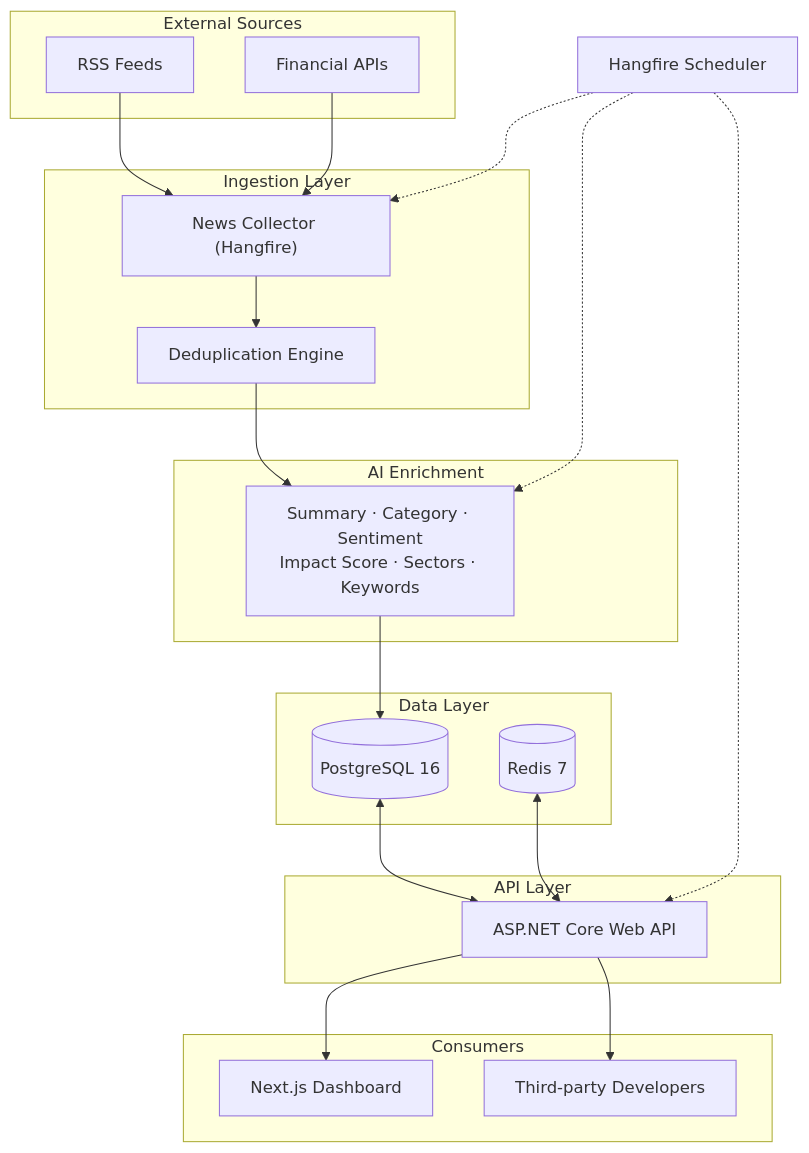
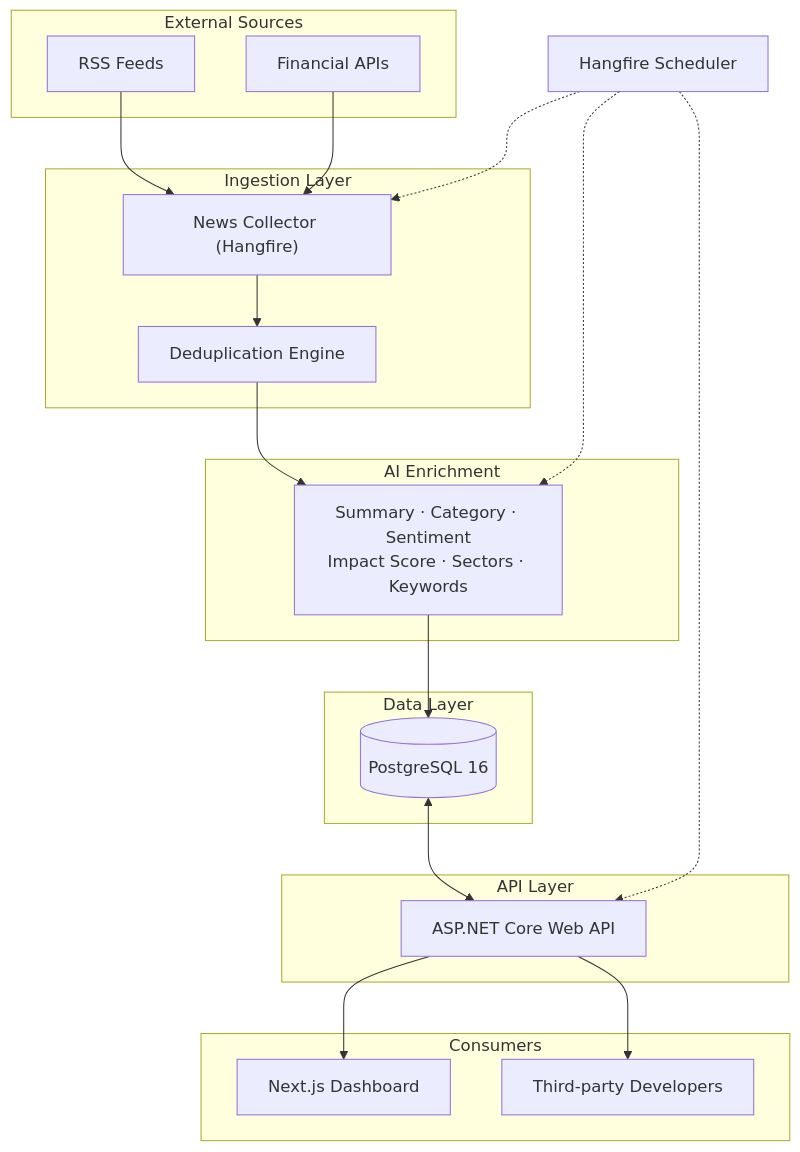
The diagram in README.md (cemielan/arunika), drawn with Mermaid before and after one commit. The commit also changed other lines of this file and 9 other files, not shown here.

````diff
--- a/README.md
+++ b/README.md
@@ -19,45 +18,43 @@
 ```mermaid
 flowchart TB
     subgraph Sources["External Sources"]
         RSS[RSS Feeds]
         NAPI[Financial APIs]
     end
 
     subgraph Ingest["Ingestion Layer"]
         Collector["News Collector (Hangfire)"]
         Dedup["Deduplication Engine"]
     end
 
     subgraph Enrich["AI Enrichment"]
         Pipeline["Summary · Category · Sentiment<br/>Impact Score · Sectors · Keywords"]
     end
 
     subgraph Data["Data Layer"]
         PG[(PostgreSQL 16)]
-        Redis[(Redis 7)]
     end
 
     subgraph Serve["API Layer"]
         API["ASP.NET Core Web API"]
     end
 
     subgraph Consumers["Consumers"]
         Dash["Next.js Dashboard"]
         Dev["Third-party Developers"]
     end
 
     Scheduler["Hangfire Scheduler"]
 
     RSS --> Collector
     NAPI --> Collector
     Collector --> Dedup
     Dedup --> Pipeline
     Pipeline --> PG
     PG <--> API
-    Redis <--> API
     API --> Dash
     API --> Dev
     Scheduler -.-> Collector
     Scheduler -.-> Pipeline
     Scheduler -.-> API
 ```
````
